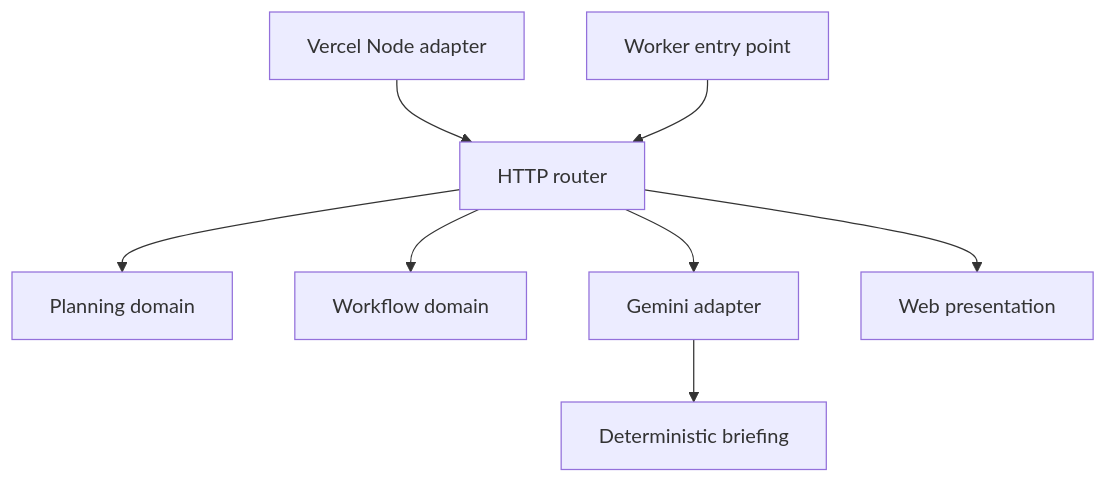
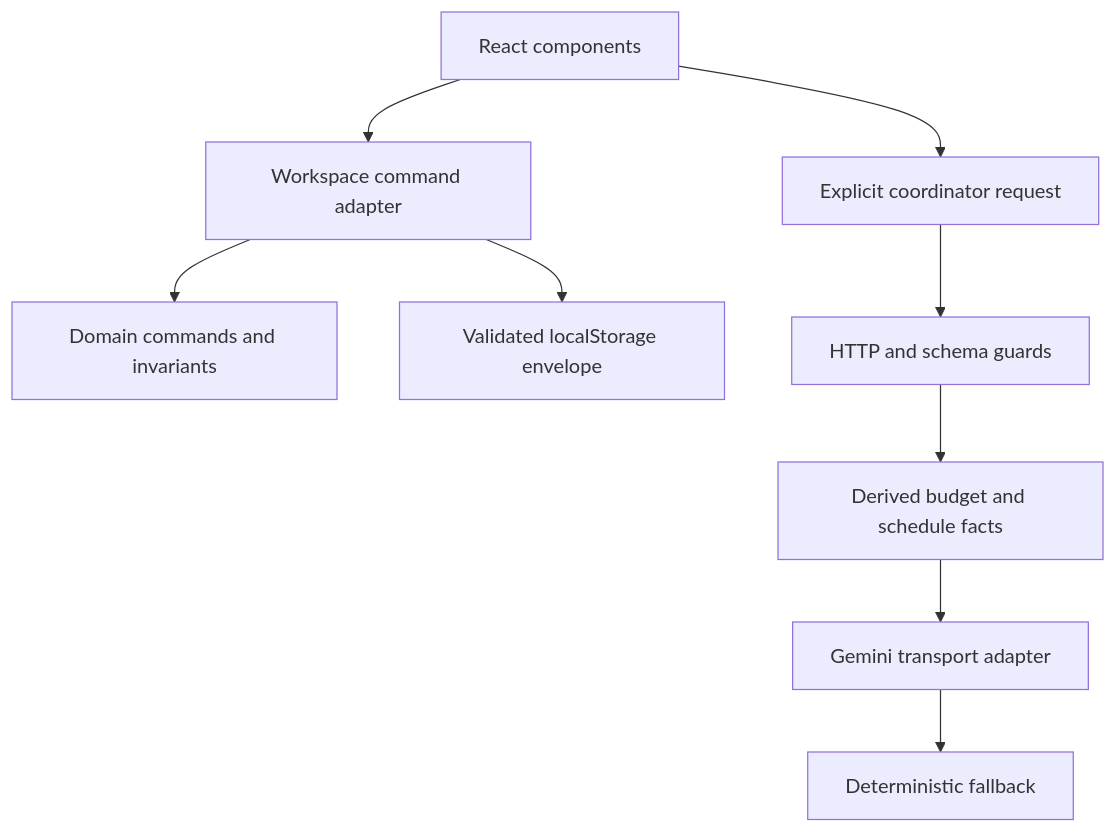
One commit to agbuddy7/cuePlan changed the diagram in docs/ARCHITECTURE.md. Above: the diagram before and after it, drawn with Mermaid. The commit also changed other lines of this file and 81 other files, not shown here.

````diff
--- a/docs/ARCHITECTURE.md
+++ b/docs/ARCHITECTURE.md
@@ -22,10 +20,11 @@
 ```mermaid
 flowchart TD
-  V[Vercel Node adapter] --> H[HTTP router]
-  W[Worker entry point] --> H
-  H --> D[Planning domain]
-  H --> T[Workflow domain]
-  H --> G[Gemini adapter]
-  G --> B[Deterministic briefing]
-  H --> P[Web presentation]
+  UI[React components] --> ST[Workspace command adapter]
+  ST --> D[Domain commands and invariants]
+  ST --> LS[Validated localStorage envelope]
+  UI --> HTTP[Explicit coordinator request]
+  HTTP --> GUARD[HTTP and schema guards]
+  GUARD --> FACTS[Derived budget and schedule facts]
+  FACTS --> AI[Gemini transport adapter]
+  AI --> FALLBACK[Deterministic fallback]
 ```
````
